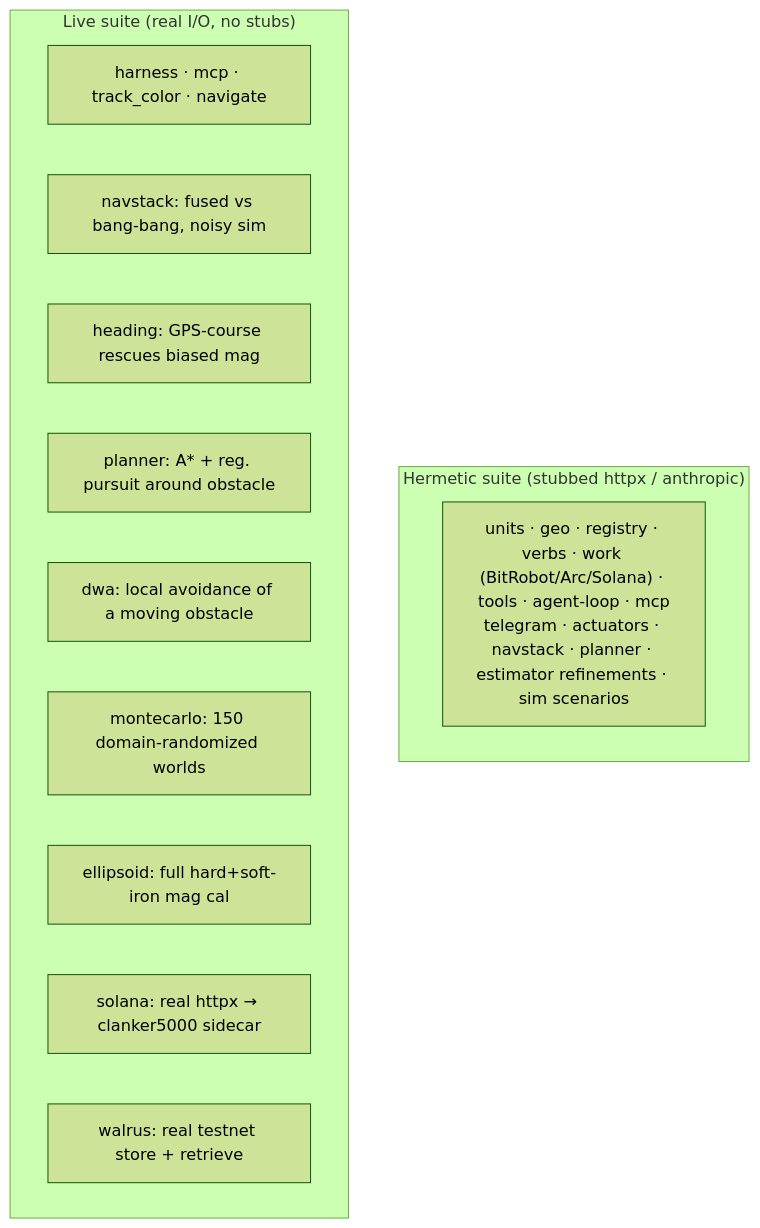
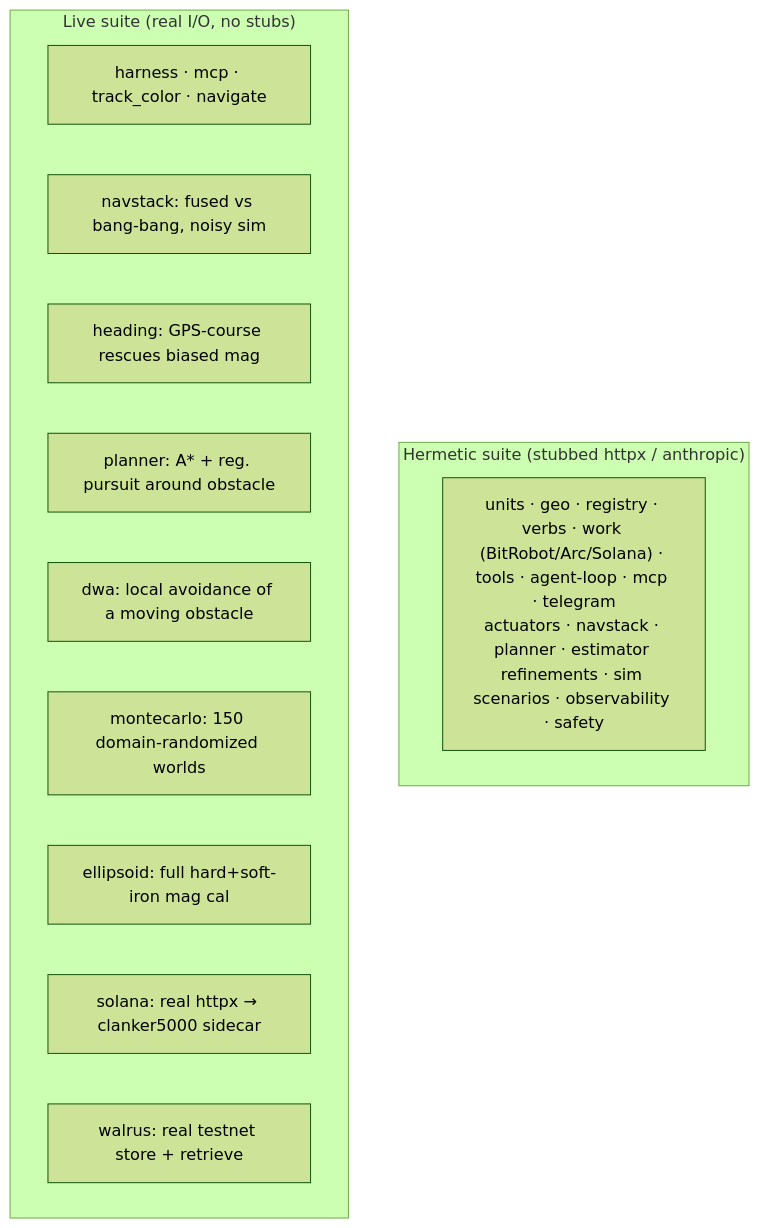
One commit to 0xSoftBoi/mini-plus-agent-kit changed diagram 18 of 18 in docs/ARCHITECTURE.md. Above: the diagram before and after it, drawn with Mermaid (forest theme). The commit also changed other lines of this file and 10 other files, not shown here.

````diff
--- a/docs/ARCHITECTURE.md
+++ b/docs/ARCHITECTURE.md
@@ -683,17 +726,17 @@
 ```mermaid
 flowchart TB
   subgraph H["Hermetic suite (stubbed httpx / anthropic)"]
-    HU["units · geo · registry · verbs · work (BitRobot/Arc/Solana) · tools · agent-loop · mcp<br/>telegram · actuators · navstack · planner · estimator refinements · sim scenarios"]
+    HU["units · geo · registry · verbs · work (BitRobot/Arc/Solana) · tools · agent-loop · mcp · telegram<br/>actuators · navstack · planner · estimator refinements · sim scenarios · observability · safety"]
   end
   subgraph L["Live suite (real I/O, no stubs)"]
     L1["harness · mcp · track_color · navigate"]
     L5["navstack: fused vs bang-bang, noisy sim"]
     L6["heading: GPS-course rescues biased mag"]
     L7["planner: A* + reg. pursuit around obstacle"]
     L8["dwa: local avoidance of a moving obstacle"]
     L9["montecarlo: 150 domain-randomized worlds"]
     L10["ellipsoid: full hard+soft-iron mag cal"]
     L11["solana: real httpx → clanker5000 sidecar"]
     L12["walrus: real testnet store + retrieve"]
   end
 ```
````
